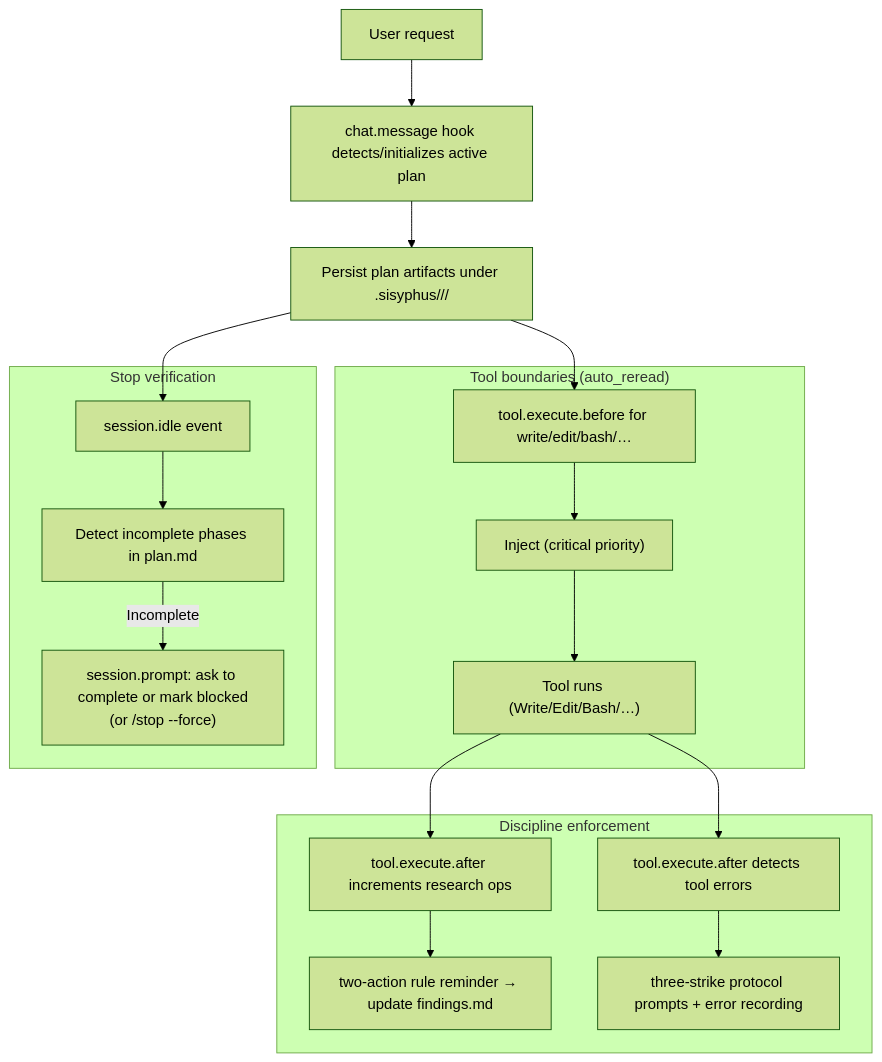
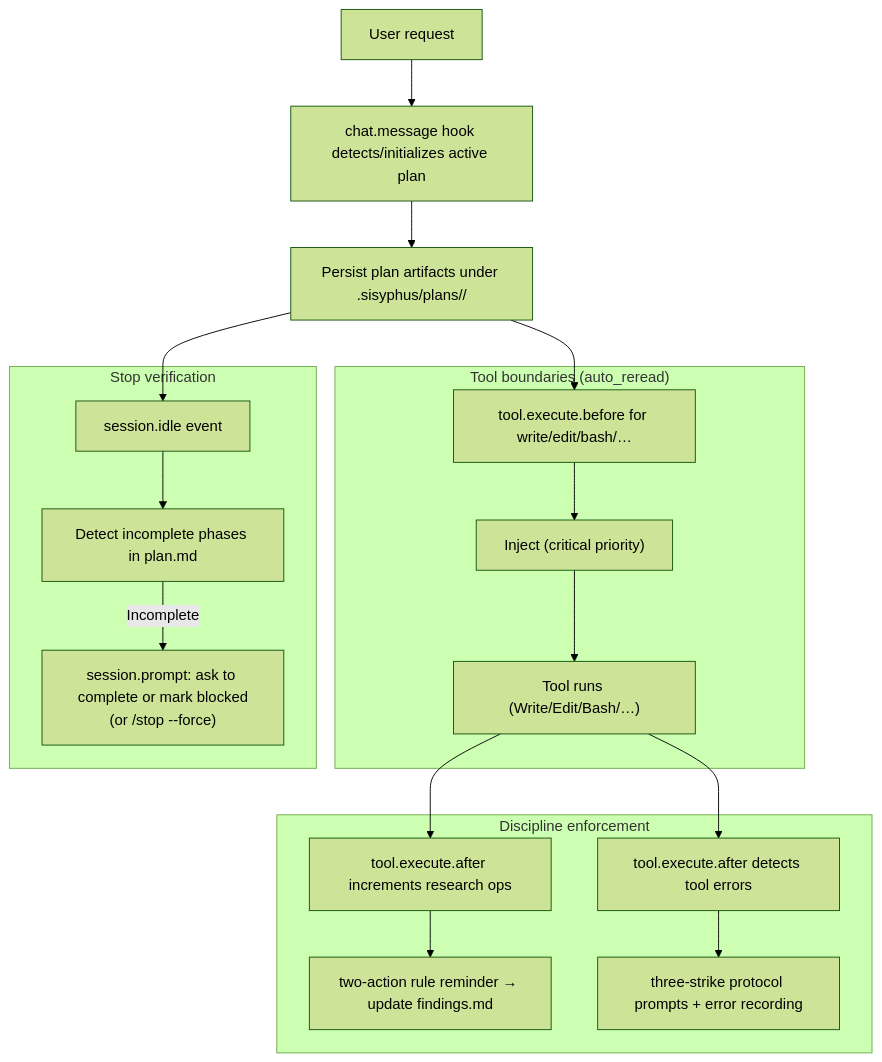
Before and after one commit to arcthur/oh-my-opencode: the first of 2 diagrams in docs/journeys/planning-with-files.md, drawn with Mermaid (forest theme). The commit also changed other lines of this file and 49 other files, not shown here.

````diff
--- a/docs/journeys/planning-with-files.md
+++ b/docs/journeys/planning-with-files.md
@@ -10,25 +10,25 @@
 ```mermaid
 flowchart TD
   U["User request"] --> CM["chat.message hook detects/initializes active plan"]
-  CM --> FS["Persist plan artifacts under .sisyphus/<directory>/<plan>/"]
+  CM --> FS["Persist plan artifacts under .sisyphus/plans/<plan>/"]
 
   subgraph ToolBoundary["Tool boundaries (auto_reread)"]
     TB["tool.execute.before for write/edit/bash/…"] --> INJ["Inject <plan-context> (critical priority)"]
     INJ --> TOOL["Tool runs (Write/Edit/Bash/…)"]
   end
 
   subgraph Discipline["Discipline enforcement"]
     TA["tool.execute.after increments research ops"] --> R2["two-action rule reminder → update findings.md"]
     ERR["tool.execute.after detects tool errors"] --> S3["three-strike protocol prompts + error recording"]
   end
 
   subgraph StopGuard["Stop verification"]
     IDLE["session.idle event"] --> CHECK["Detect incomplete phases in plan.md"]
     CHECK -->|Incomplete| PROMPT["session.prompt: ask to complete or mark blocked\n(or /stop --force)"]
   end
 
   FS --> TB
   TOOL --> TA
   TOOL --> ERR
   FS --> IDLE
 ```
````
